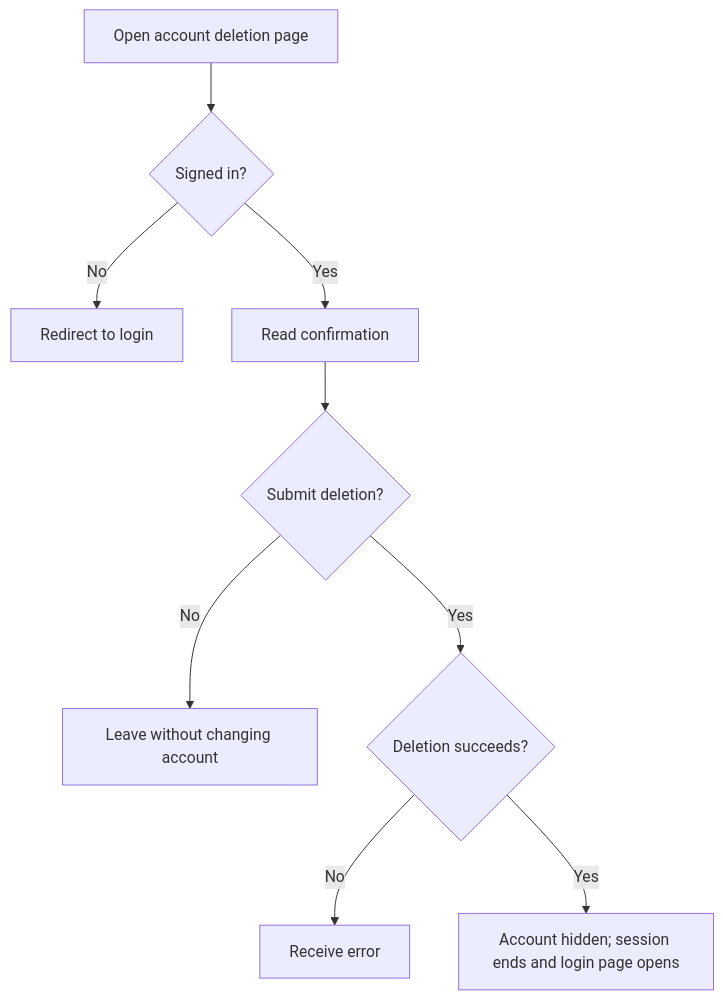
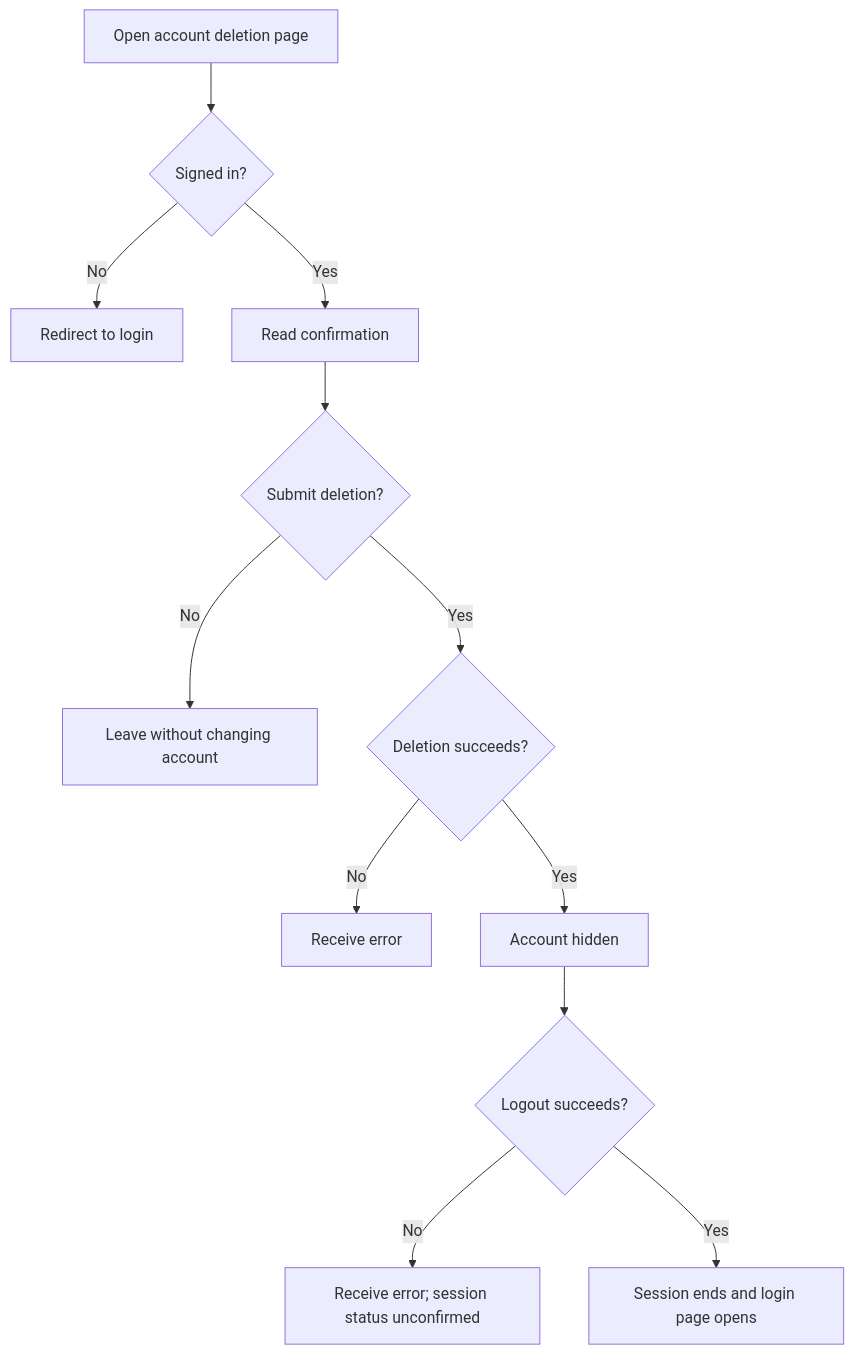
The first of 2 diagrams in user-stories/example-apps/us-demo-03-hypermedia-account-deletion.md (Kevinjohn/oss-adonisjs-lucid-soft-delete), drawn with Mermaid before and after one commit. The commit also changed other lines of this file and 6 other files, not shown here.

````diff
--- a/user-stories/example-apps/us-demo-03-hypermedia-account-deletion.md
+++ b/user-stories/example-apps/us-demo-03-hypermedia-account-deletion.md
@@ -21,10 +22,12 @@
 ```mermaid
 flowchart TD
     A["Open account deletion page"] --> B{"Signed in?"}
     B -->|No| C["Redirect to login"]
     B -->|Yes| D["Read confirmation"] --> E{"Submit deletion?"}
     E -->|No| F["Leave without changing account"]
     E -->|Yes| G{"Deletion succeeds?"}
     G -->|No| H["Receive error"]
-    G -->|Yes| I["Account hidden; session ends and login page opens"]
+    G -->|Yes| I["Account hidden"] --> J{"Logout succeeds?"}
+    J -->|No| K["Receive error; session status unconfirmed"]
+    J -->|Yes| L["Session ends and login page opens"]
 ```
````
